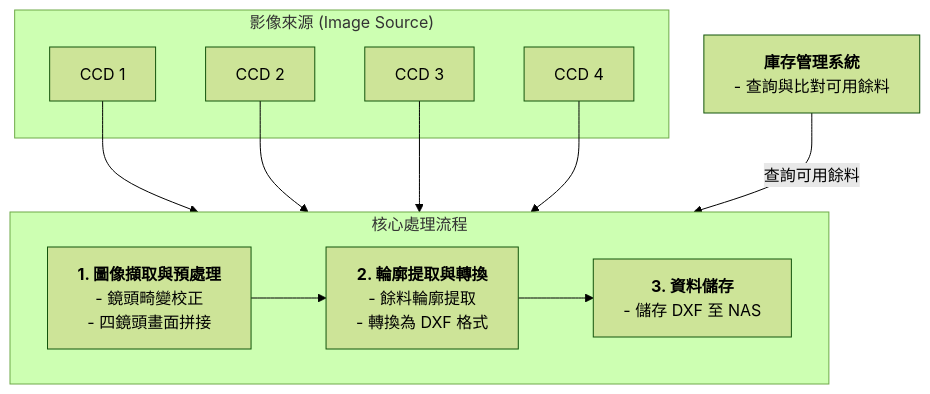
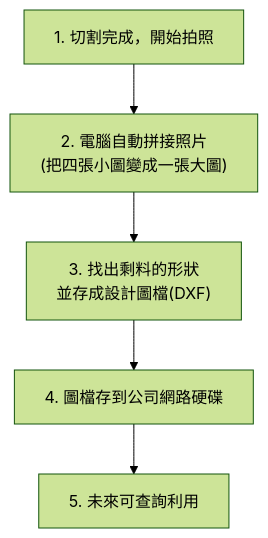
Before and after one commit to harry123180/VisualWasteManagementSystem: the diagram in README.md, drawn with Mermaid (forest theme). The commit also changed other lines of this file and 6 other files, not shown here.

````diff
--- a/README.md
+++ b/README.md
@@ -21,26 +21,7 @@
 ```mermaid
 graph TD
-    subgraph "影像來源 (Image Source)"
-        A[CCD 1]
-        B[CCD 2]
-        C[CCD 3]
-        D[CCD 4]
-    end
-
-    subgraph "核心處理流程"
-        direction LR
-        E["<b>1. 圖像擷取與預處理</b><br/>- 鏡頭畸變校正<br/>- 四鏡頭畫面拼接"]
-        F["<b>2. 輪廓提取與轉換</b><br/>- 餘料輪廓提取<br/>- 轉換為 DXF 格式"]
-        G["<b>3. 資料儲存</b><br/>- 儲存 DXF 至 NAS"]
-    end
-
-    H["<b>庫存管理系統</b><br/>- 查詢與比對可用餘料"]
-
-    A --> E
-    B --> E
-    C --> E
-    D --> E
-    E --> F
-    F --> G
-    H -- "查詢可用餘料" --> G
+    A["1. 切割完成，開始拍照"] --> B["2. 電腦自動拼接照片<br/>(把四張小圖變成一張大圖)"];
+    B --> C["3. 找出剩料的形狀<br/>並存成設計圖檔(DXF)"];
+    C --> D["4. 圖檔存到公司網路硬碟"];
+    D --> E["5. 未來可查詢利用"];
 ```
````
